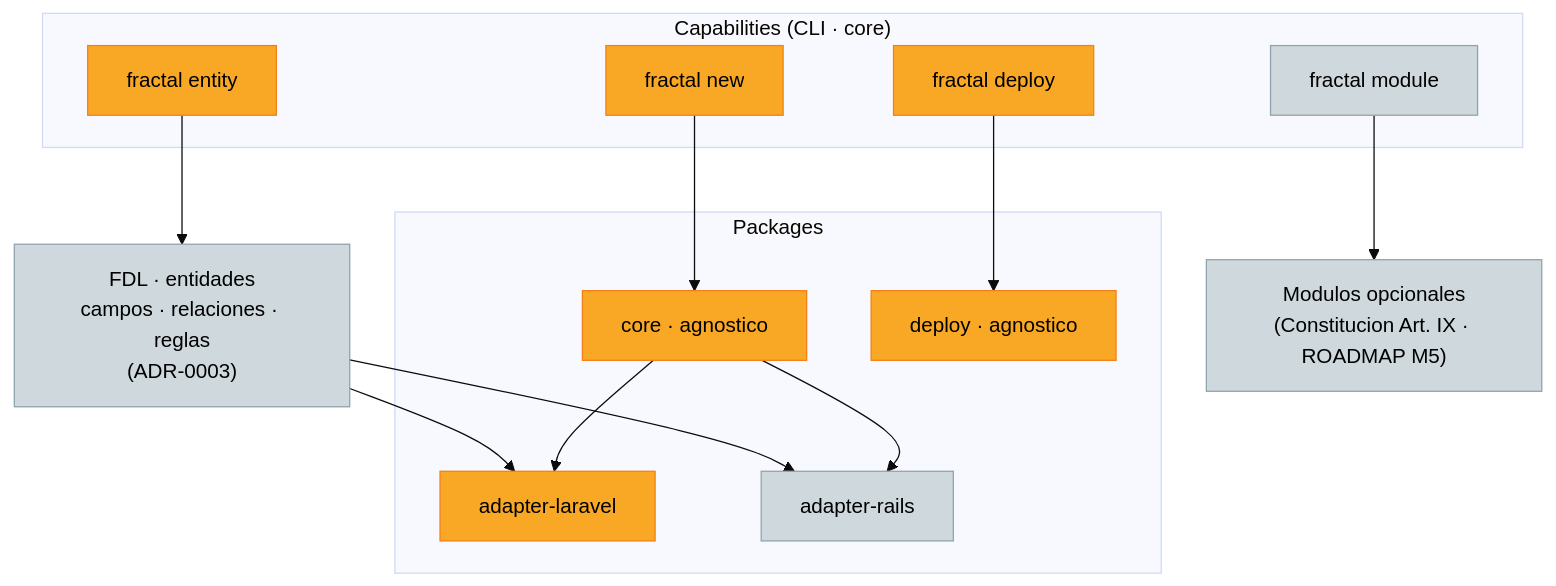
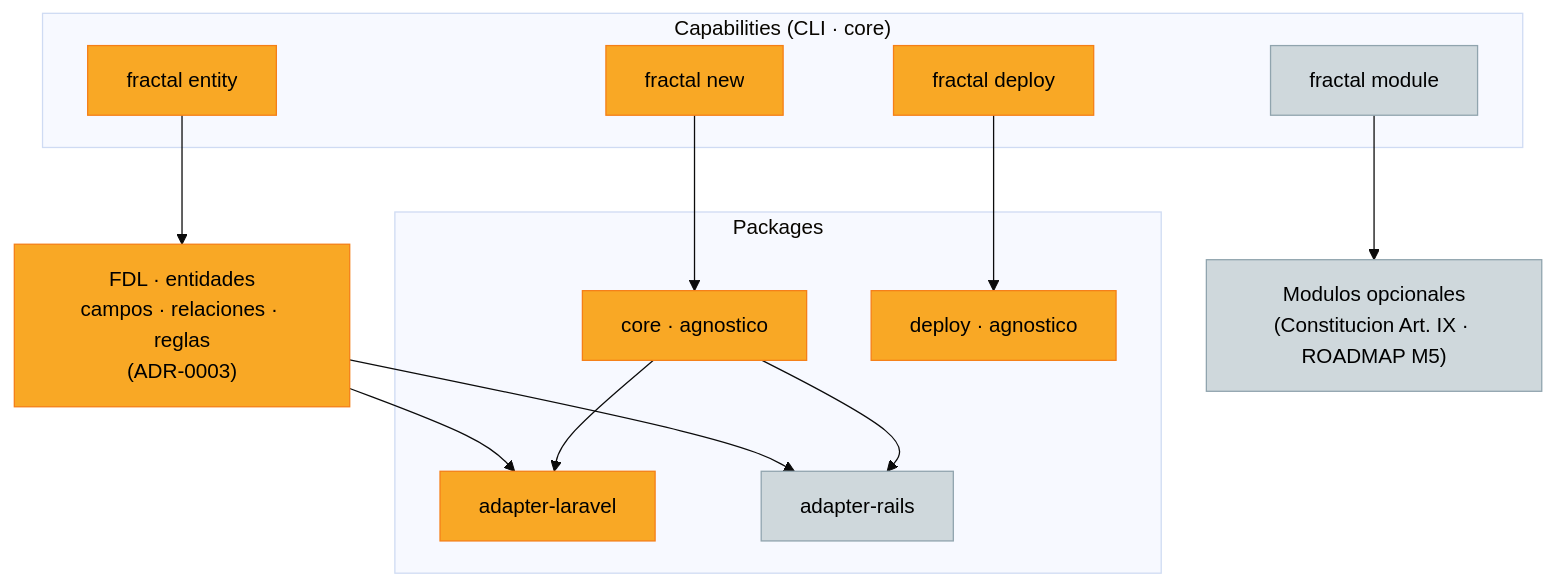
Before and after one commit to dmaure/fractal: the second of 2 diagrams in docs/MAPA_DE_PROGRESO.md, drawn with Mermaid (base theme). The commit also changed 5 other files, not shown here.

First line of the commit message:
FRA-56: tipos/representación JSON de FDL v0 en packages/core (#67)

````diff
--- a/docs/MAPA_DE_PROGRESO.md
+++ b/docs/MAPA_DE_PROGRESO.md
@@ -105,35 +105,35 @@
 ```mermaid
 flowchart TD
     subgraph CAP["Capabilities (CLI · core)"]
         NEW["fractal new"]
         ENT["fractal entity"]
         DEP["fractal deploy"]
         MOD["fractal module"]
     end
 
     subgraph PKG["Packages"]
         CORE["core · agnostico"]
         ALAR["adapter-laravel"]
         ARAI["adapter-rails"]
         DEPLOY["deploy · agnostico"]
     end
 
     FDL["FDL · entidades<br/>campos · relaciones · reglas<br/>(ADR-0003)"]
     MODULOS["Modulos opcionales<br/>(Constitucion Art. IX · ROADMAP M5)"]
 
     NEW --> CORE
     ENT --> FDL
     FDL --> ALAR
     FDL --> ARAI
     MOD --> MODULOS
     CORE --> ALAR
     CORE --> ARAI
     DEP --> DEPLOY
 
     classDef done fill:#2e7d32,color:#fff,stroke:#1b5e20;
     classDef curso fill:#f9a825,color:#000,stroke:#f57f17;
     classDef pend fill:#cfd8dc,color:#000,stroke:#90a4ae;
 
-    class NEW,ENT,DEP,CORE,ALAR,DEPLOY curso;
-    class MOD,ARAI,FDL,MODULOS pend;
+    class NEW,ENT,DEP,CORE,ALAR,DEPLOY,FDL curso;
+    class MOD,ARAI,MODULOS pend;
 ```
````
